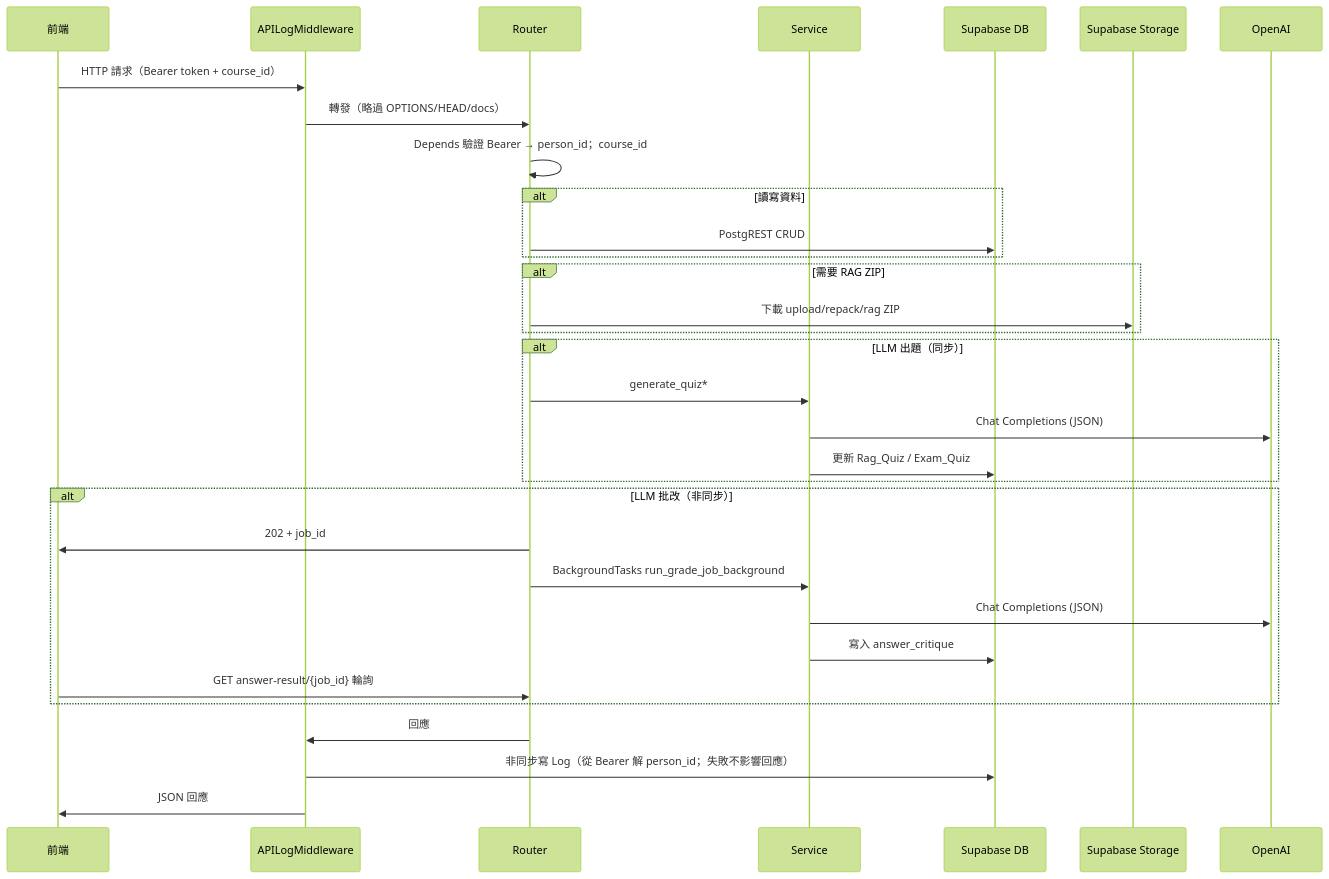
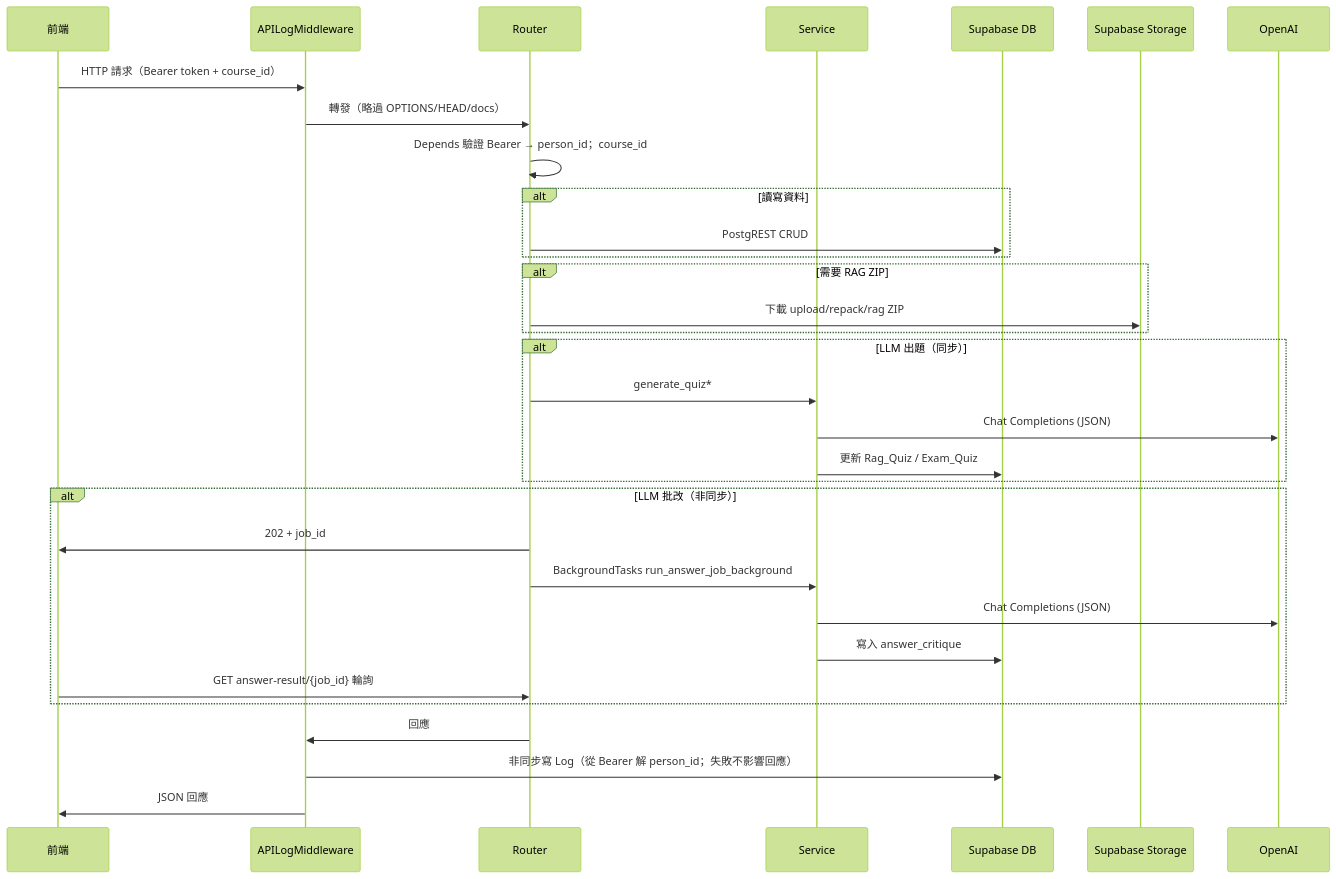
Before and after one commit to kevin7261/MyQuiz-ai-backend: the second of 6 diagrams in README.md, drawn with Mermaid (forest theme). The commit also changed other lines of this file and 18 other files, not shown here.

````diff
--- a/README.md
+++ b/README.md
@@ -118,35 +118,35 @@
 ```mermaid
 sequenceDiagram
     participant FE as 前端
     participant MW as APILogMiddleware
     participant RT as Router
     participant SV as Service
     participant DB as Supabase DB
     participant ST as Supabase Storage
     participant LLM as OpenAI
 
     FE->>MW: HTTP 請求（Bearer token + course_id）
     MW->>RT: 轉發（略過 OPTIONS/HEAD/docs）
     RT->>RT: Depends 驗證 Bearer → person_id；course_id
     alt 讀寫資料
         RT->>DB: PostgREST CRUD
     end
     alt 需要 RAG ZIP
         RT->>ST: 下載 upload/repack/rag ZIP
     end
     alt LLM 出題（同步）
         RT->>SV: generate_quiz*
         SV->>LLM: Chat Completions (JSON)
         SV->>DB: 更新 Rag_Quiz / Exam_Quiz
     end
     alt LLM 批改（非同步）
         RT->>FE: 202 + job_id
-        RT->>SV: BackgroundTasks run_grade_job_background
+        RT->>SV: BackgroundTasks run_answer_job_background
         SV->>LLM: Chat Completions (JSON)
         SV->>DB: 寫入 answer_critique
         FE->>RT: GET answer-result/{job_id} 輪詢
     end
     RT->>MW: 回應
     MW->>DB: 非同步寫 Log（從 Bearer 解 person_id；失敗不影響回應）
     MW->>FE: JSON 回應
 ```
````
